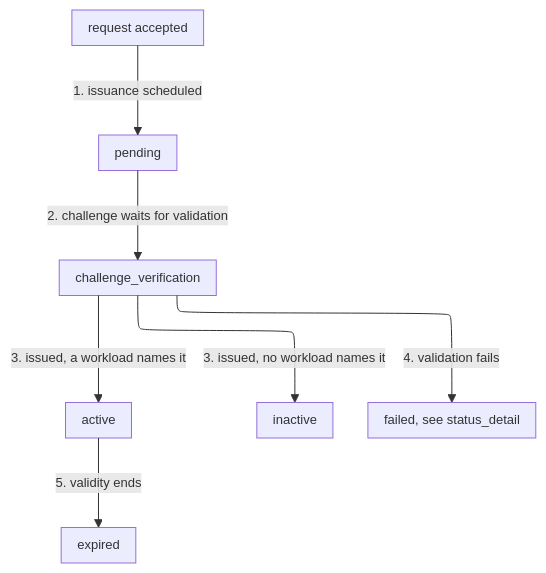
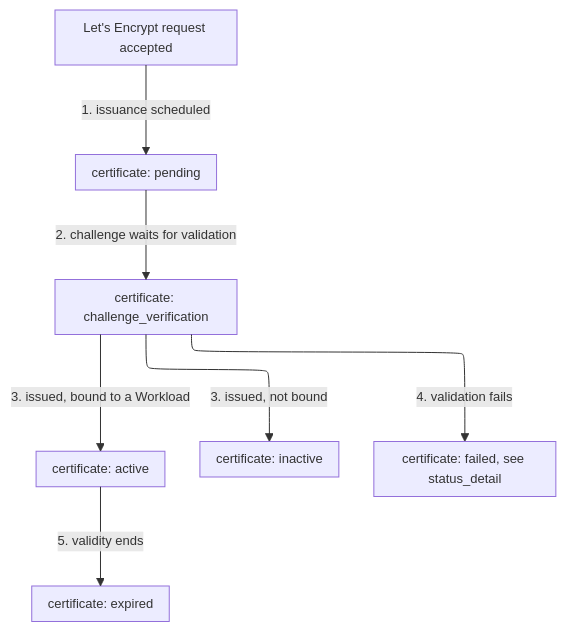
The second of 2 diagrams in apps/docs/src/content/docs/en/pages/secure/certificate-manager/issuance-and-renewal.mdx (aziontech/docs), drawn with Mermaid before and after one commit. The commit also changed other lines of this file and 5 other files, not shown here.

First line of the commit message:
docs(workloads): align the Certificate Manager pages with how a Workload presents a certificate

````diff
--- a/apps/docs/src/content/docs/en/pages/secure/certificate-manager/issuance-and-renewal.mdx
+++ b/apps/docs/src/content/docs/en/pages/secure/certificate-manager/issuance-and-renewal.mdx
@@ -108,17 +108,17 @@
 ```mermaid
 %%{init: {"layout": "elk", "elk": {"preset": "modelOrder", "keepEntryNodeOnTop": true}, "themeVariables": {"fontSize": "13px"}, "flowchart": {"nodeSpacing": 24, "rankSpacing": 36, "padding": 8, "wrappingWidth": 150, "useMaxWidth": true}, "sequence": {"width": 120, "actorMargin": 30, "useMaxWidth": true}}}%%
 flowchart TD
-  Req["request accepted"]
-  Pending["pending"]
-  Challenge["challenge_verification"]
-  Active["active"]
-  Inactive["inactive"]
-  Failed["failed, see status_detail"]
-  Expired["expired"]
+  Req["Let's Encrypt request accepted"]
+  Pending["certificate: pending"]
+  Challenge["certificate: challenge_verification"]
+  Active["certificate: active"]
+  Inactive["certificate: inactive"]
+  Failed["certificate: failed, see status_detail"]
+  Expired["certificate: expired"]
   Req -->|"1. issuance scheduled"| Pending
   Pending -->|"2. challenge waits for validation"| Challenge
-  Challenge -->|"3. issued, a workload names it"| Active
-  Challenge -->|"3. issued, no workload names it"| Inactive
+  Challenge -->|"3. issued, bound to a Workload"| Active
+  Challenge -->|"3. issued, not bound"| Inactive
   Challenge -->|"4. validation fails"| Failed
   Active -->|"5. validity ends"| Expired
 ```
````
